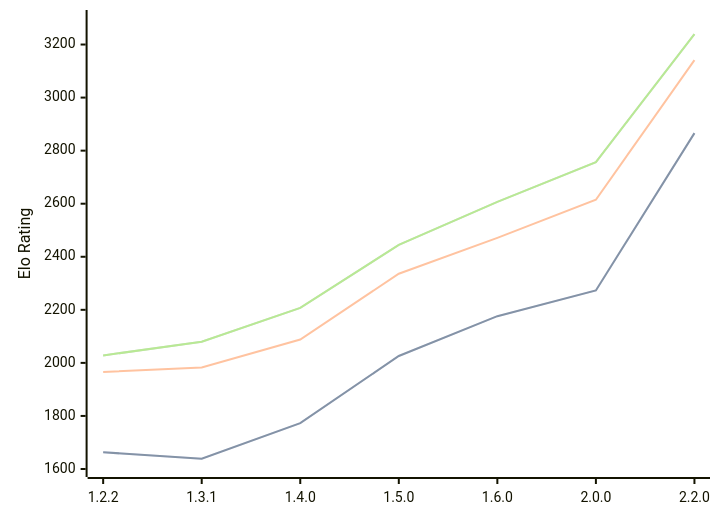
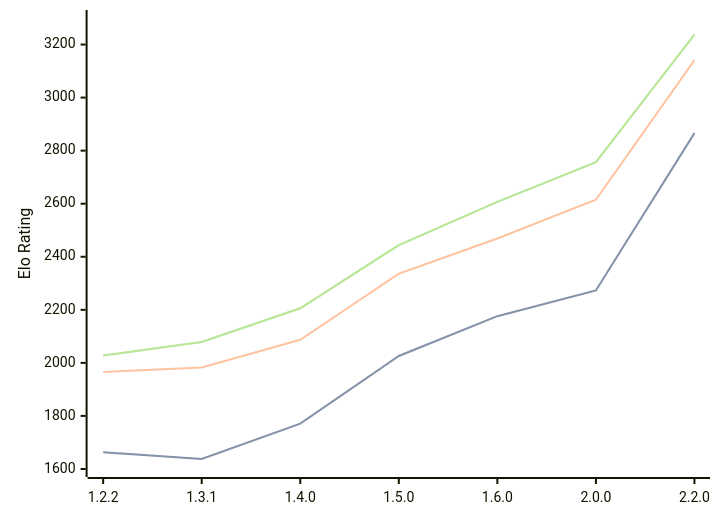
Before and after one commit to computer-chess-index/cci: the diagram in engines/SoloEngine.md, drawn with Mermaid. The commit also changed other lines of this file, not shown here.

Commit message:
Update CCI Ratings (ELO VLTC) - 2026-09-11

````diff
--- a/engines/SoloEngine.md
+++ b/engines/SoloEngine.md
@@ -38,11 +38,11 @@
 ```mermaid
 %%{init: {"theme":"base","themeVariables":{"seriesColors:['#a3a3a3','#222221','#faa371']}}}%%
 xychart-beta
   x-axis ["1.2.2", "1.3.1", "1.4.0", "1.5.0", "1.6.0", "2.0.0", "2.2.0"]
   y-axis "Elo Rating" 1600 --> 3300
-  line "" [1663, 1639, 1773, 2026, 2176, 2273, 2866]
-  line "STC (8.0+0.08s)" [1663, 1639, 1773, 2026, 2176, 2273, 2866]
-  line "LTC (60.0+0.60s)" [1966, 1983, 2088, 2336, 2471, 2615, 3141]
-  line "" [2028, 2080, 2207, 2445, 2607, 2757, 3239]
-  line "VLTC (2m24s+1.12s)" [2028, 2080, 2207, 2445, 2607, 2757, 3239]
+  line "" [1663, 1638, 1771, 2026, 2176, 2273, 2866]
+  line "STC (8.0+0.08s)" [1663, 1638, 1771, 2026, 2176, 2273, 2866]
+  line "LTC (60.0+0.60s)" [1966, 1983, 2087, 2336, 2469, 2615, 3141]
+  line "" [2028, 2079, 2206, 2444, 2607, 2757, 3237]
+  line "VLTC (2m24s+1.12s)" [2028, 2079, 2206, 2444, 2607, 2757, 3237]
 ```
````
